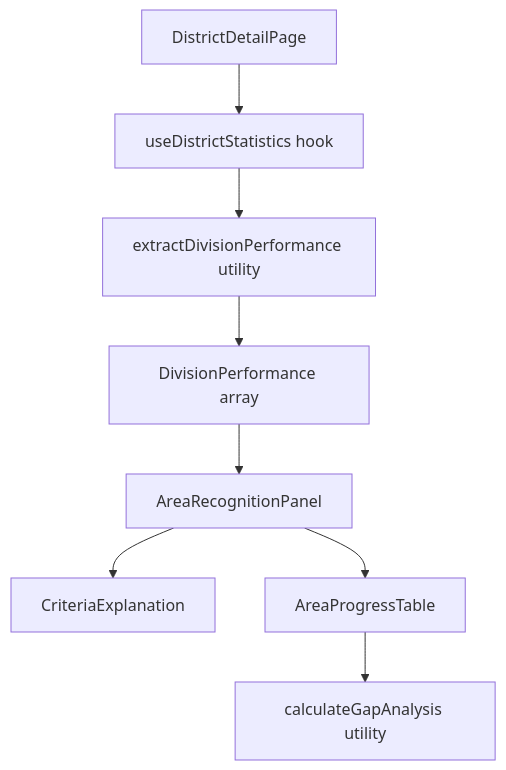
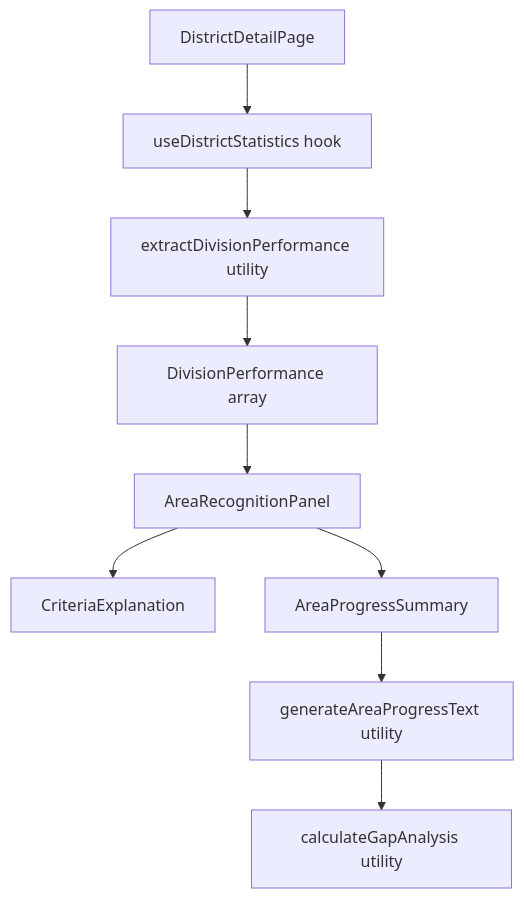
Before and after one commit to rservant/toast-stats: the diagram in .kiro/specs/area-distinguished-criteria/design.md, drawn with Mermaid. The commit also changed other lines of this file and 8 other files, not shown here.

First line of the commit message:
feat(area-distinguished-criteria): add AreaProgressSummary component with progress text generation

````diff
--- a/.kiro/specs/area-distinguished-criteria/design.md
+++ b/.kiro/specs/area-distinguished-criteria/design.md
@@ -24,10 +24,11 @@
 ```mermaid
 graph TD
     A[DistrictDetailPage] --> B[useDistrictStatistics hook]
     B --> C[extractDivisionPerformance utility]
     C --> D[DivisionPerformance array]
     D --> E[AreaRecognitionPanel]
     E --> F[CriteriaExplanation]
-    E --> G[AreaProgressTable]
-    G --> H[calculateGapAnalysis utility]
+    E --> G[AreaProgressSummary]
+    G --> H[generateAreaProgressText utility]
+    H --> I[calculateGapAnalysis utility]
 ```
````
